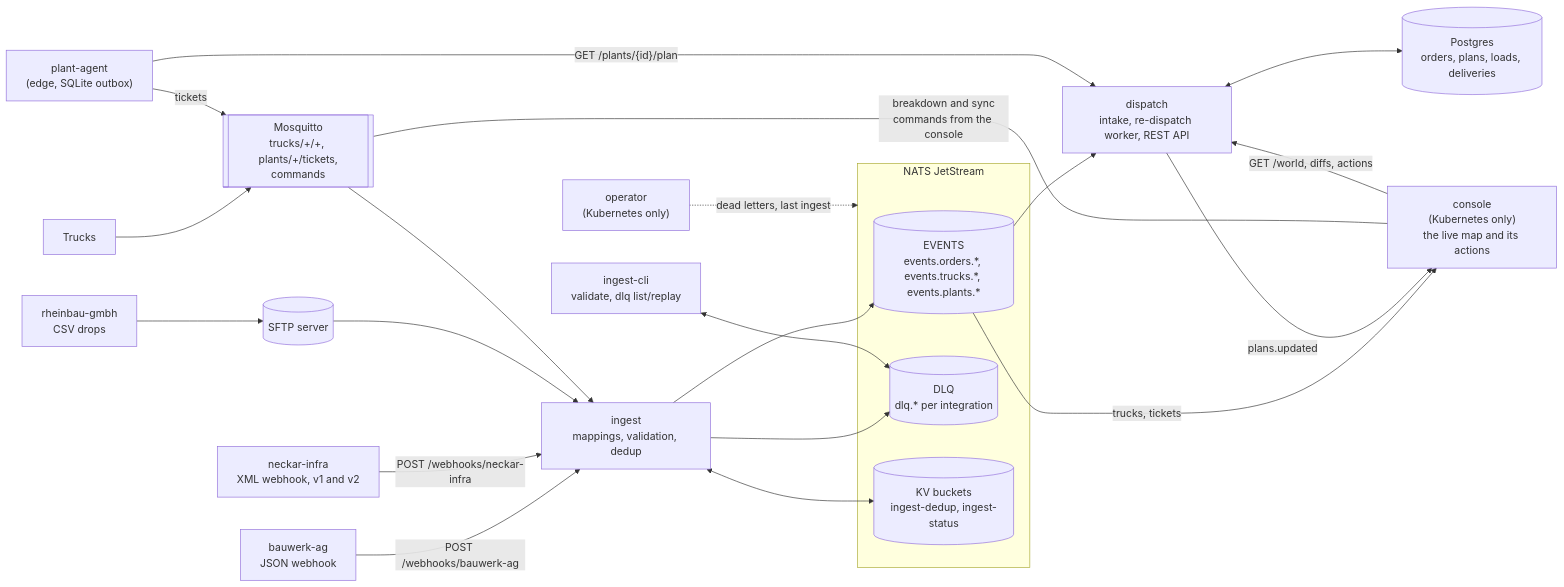
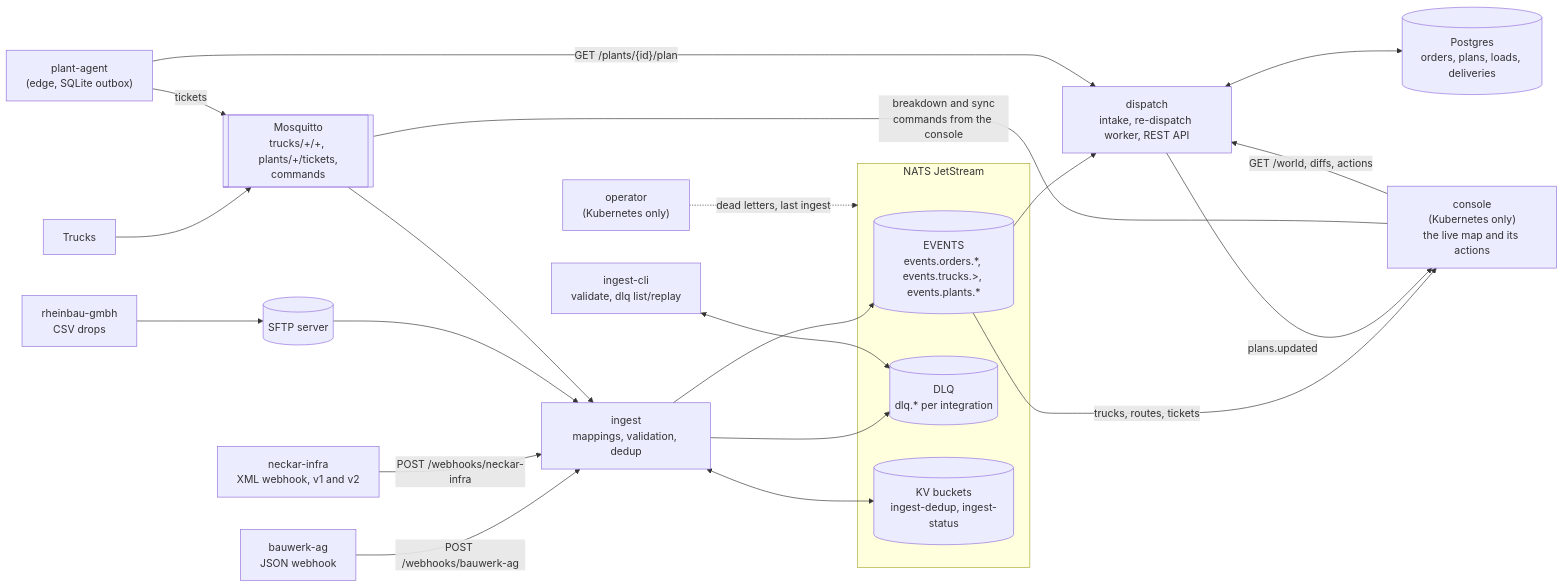
One commit to igorilic/rmc-dispatch-platform changed the second of 9 diagrams in docs/architecture.md. Above: the diagram before and after it, drawn with Mermaid. The commit also changed other lines of this file and 5 other files, not shown here.

````diff
--- a/docs/architecture.md
+++ b/docs/architecture.md
@@ -45,43 +47,43 @@
 ```mermaid
 flowchart LR
     bauwerk["bauwerk-ag<br/>JSON webhook"]
     neckar["neckar-infra<br/>XML webhook, v1 and v2"]
     rheinbau["rheinbau-gmbh<br/>CSV drops"]
     fleet["Trucks"]
     agent["plant-agent<br/>(edge, SQLite outbox)"]
 
     sftp[("SFTP server")]
     mqtt[["Mosquitto<br/>trucks/+/+, plants/+/tickets,<br/>commands"]]
     ingest["ingest<br/>mappings, validation, dedup"]
 
     subgraph nats["NATS JetStream"]
-        events[("EVENTS<br/>events.orders.*, events.trucks.*, events.plants.*")]
+        events[("EVENTS<br/>events.orders.*, events.trucks.>, events.plants.*")]
         dlq[("DLQ<br/>dlq.* per integration")]
         kv[("KV buckets<br/>ingest-dedup, ingest-status")]
     end
 
     dispatch["dispatch<br/>intake, re-dispatch worker, REST API"]
     pg[("Postgres<br/>orders, plans, loads, deliveries")]
     operator["operator<br/>(Kubernetes only)"]
     cli["ingest-cli<br/>validate, dlq list/replay"]
     console["console<br/>(Kubernetes only)<br/>the live map and its actions"]
 
     bauwerk -- "POST /webhooks/bauwerk-ag" --> ingest
     neckar -- "POST /webhooks/neckar-infra" --> ingest
     rheinbau --> sftp --> ingest
     fleet --> mqtt
     agent -- tickets --> mqtt
     mqtt --> ingest
     ingest --> events
     ingest --> dlq
     ingest <--> kv
     events --> dispatch
     dispatch <--> pg
     agent -- "GET /plants/{id}/plan" --> dispatch
     cli <--> dlq
     operator -. "dead letters, last ingest" .-> nats
-    events -- "trucks, tickets" --> console
+    events -- "trucks, routes, tickets" --> console
     dispatch -- "plans.updated" --> console
     console -- "GET /world, diffs, actions" --> dispatch
     mqtt -- "breakdown and sync<br/>commands from the console" --- console
 ```
````
